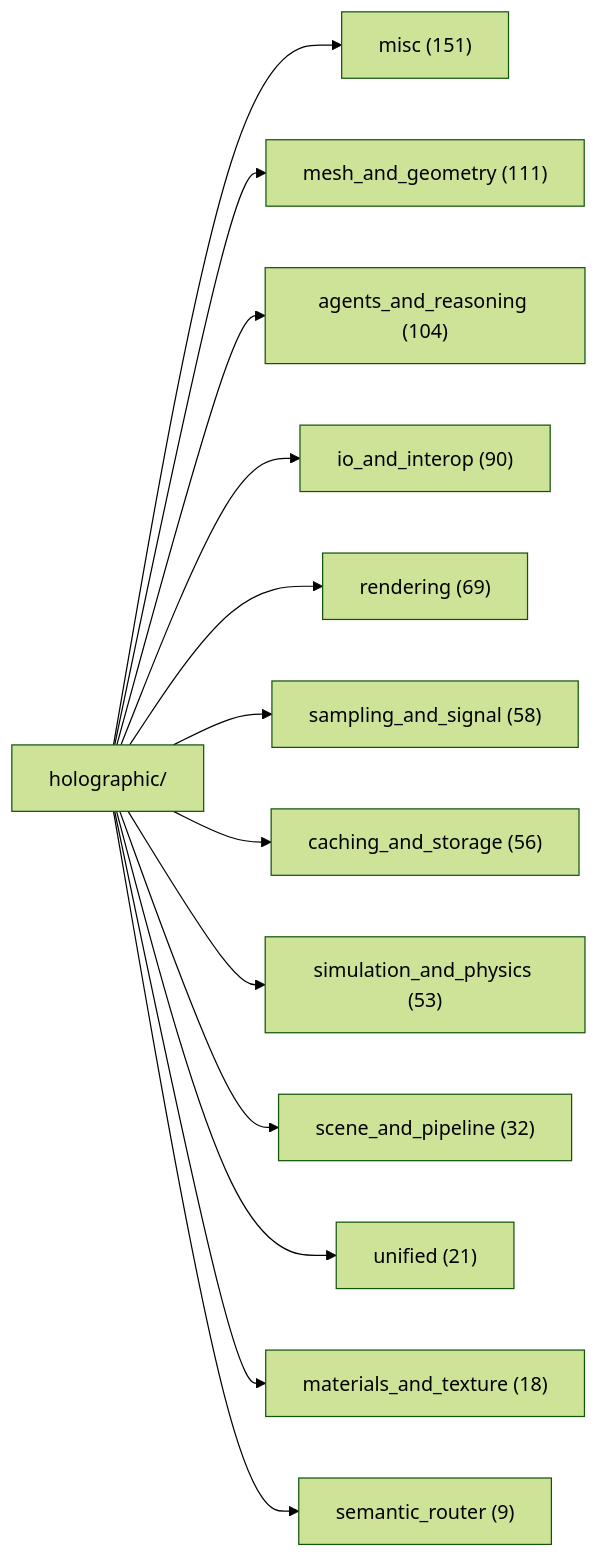
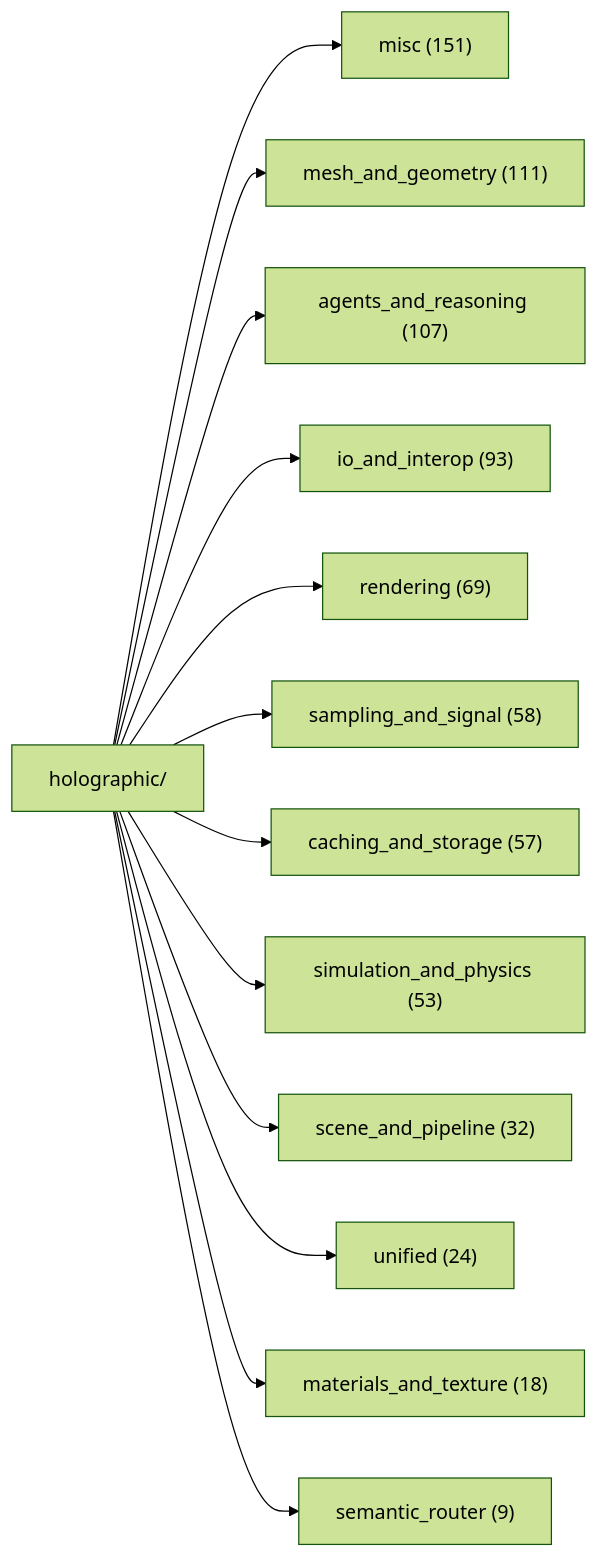
The first of 2 diagrams in docs/DOC_MAP.md (AnOversizedMooseWithSocks/leCore), drawn with Mermaid (forest theme) before and after one commit. The commit also changed other lines of this file and 110 other files, not shown here.

````diff
--- a/docs/DOC_MAP.md
+++ b/docs/DOC_MAP.md
@@ -39,16 +39,16 @@
 ```mermaid
 graph LR
     H[holographic/]
     H --> misc["misc (151)"]
     H --> mesh["mesh_and_geometry (111)"]
-    H --> agen["agents_and_reasoning (104)"]
-    H --> io_a["io_and_interop (90)"]
+    H --> agen["agents_and_reasoning (107)"]
+    H --> io_a["io_and_interop (93)"]
     H --> rend["rendering (69)"]
     H --> samp["sampling_and_signal (58)"]
-    H --> cach["caching_and_storage (56)"]
+    H --> cach["caching_and_storage (57)"]
     H --> simu["simulation_and_physics (53)"]
     H --> scen["scene_and_pipeline (32)"]
-    H --> unif["unified (21)"]
+    H --> unif["unified (24)"]
     H --> mate["materials_and_texture (18)"]
     H --> sema["semantic_router (9)"]
 ```
````
